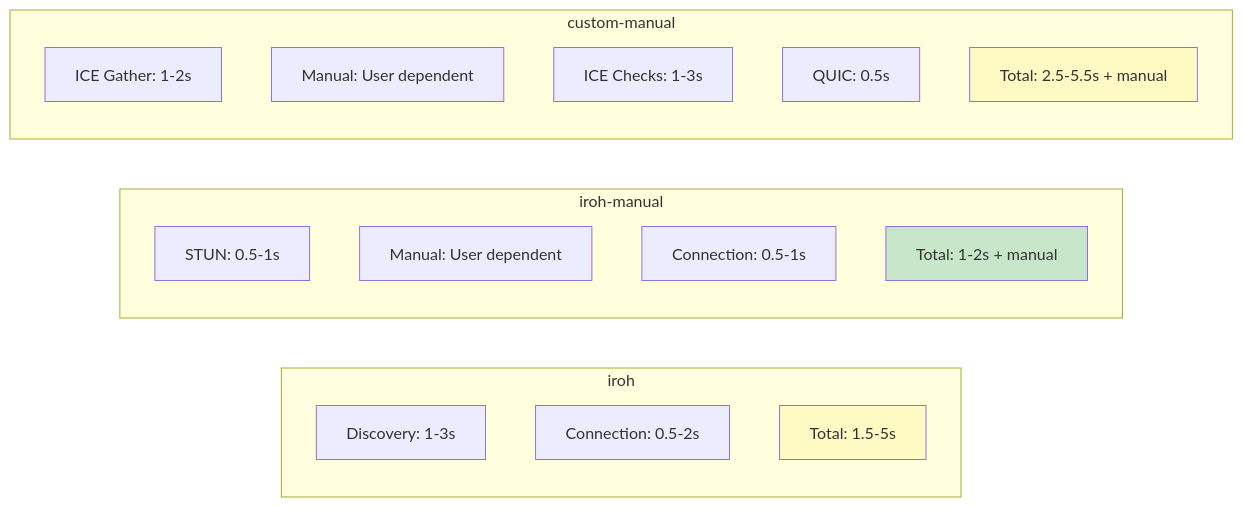
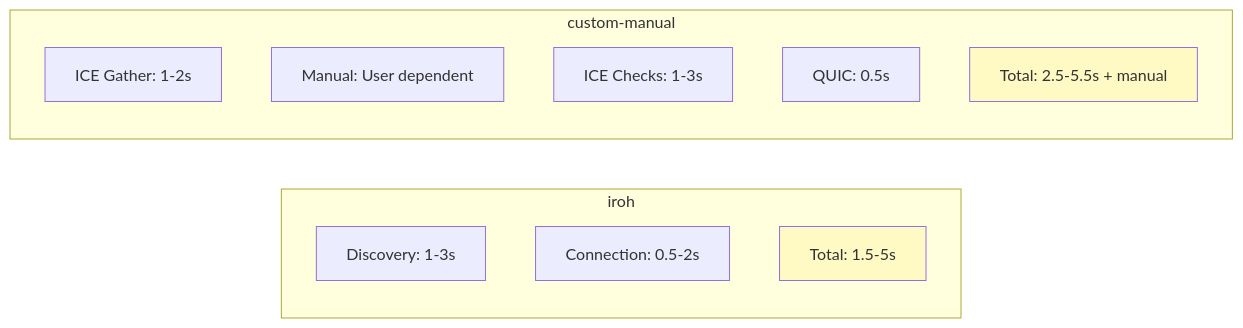
One commit to andrewtheguy/vpn-rs changed diagram 34 of 36 in docs/ARCHITECTURE.md. Above: the diagram before and after it, drawn with Mermaid. The commit also changed other lines of this file and 14 other files, not shown here.

First line of the commit message:
Refactor: Remove iroh-manual mode and related configurations

````diff
--- a/docs/ARCHITECTURE.md
+++ b/docs/ARCHITECTURE.md
@@ -1629,27 +1432,19 @@
 ```mermaid
 graph LR
     subgraph "iroh"
         A[Discovery: 1-3s]
         B[Connection: 0.5-2s]
         C[Total: 1.5-5s]
     end
-    
-    subgraph "iroh-manual"
-        D[STUN: 0.5-1s]
-        E[Manual: User dependent]
-        F[Connection: 0.5-1s]
-        G[Total: 1-2s + manual]
-    end
-    
+
     subgraph "custom-manual"
         H[ICE Gather: 1-2s]
         I[Manual: User dependent]
         J[ICE Checks: 1-3s]
         K[QUIC: 0.5s]
         L[Total: 2.5-5.5s + manual]
     end
-    
+
     style C fill:#FFF9C4
-    style G fill:#C8E6C9
     style L fill:#FFF9C4
 ```
````
